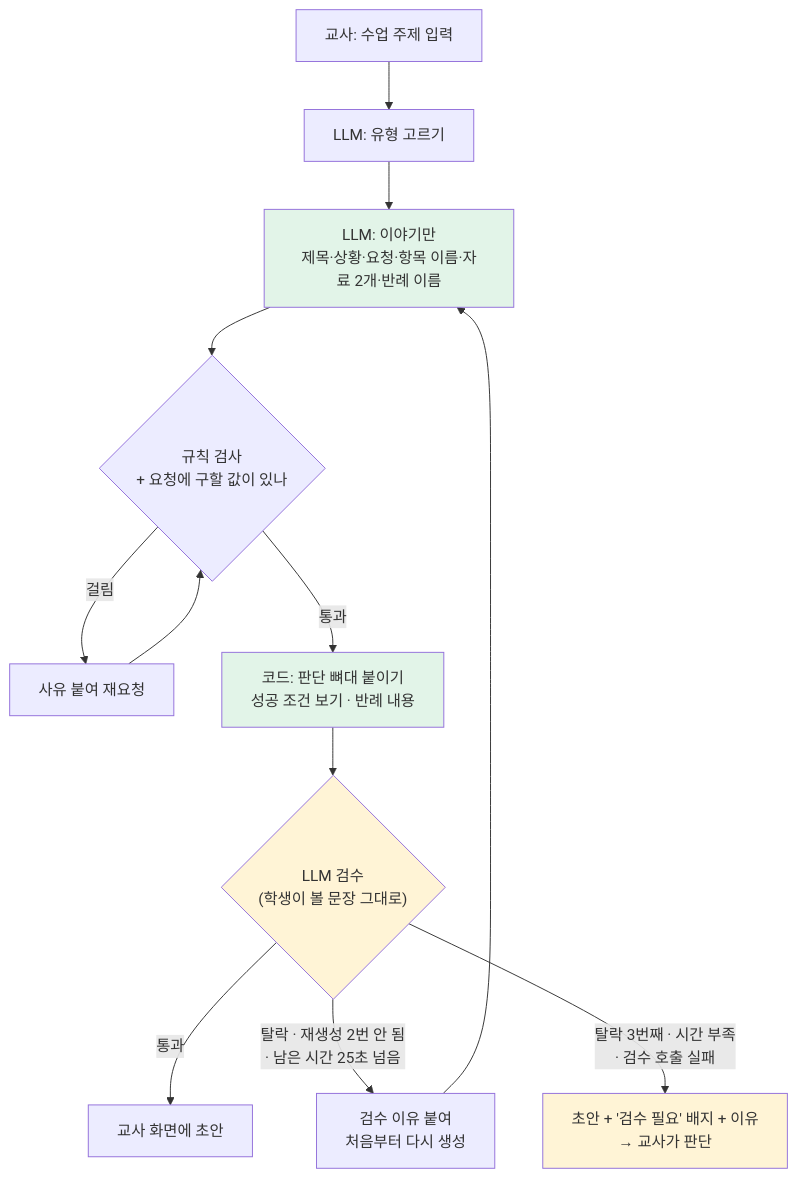
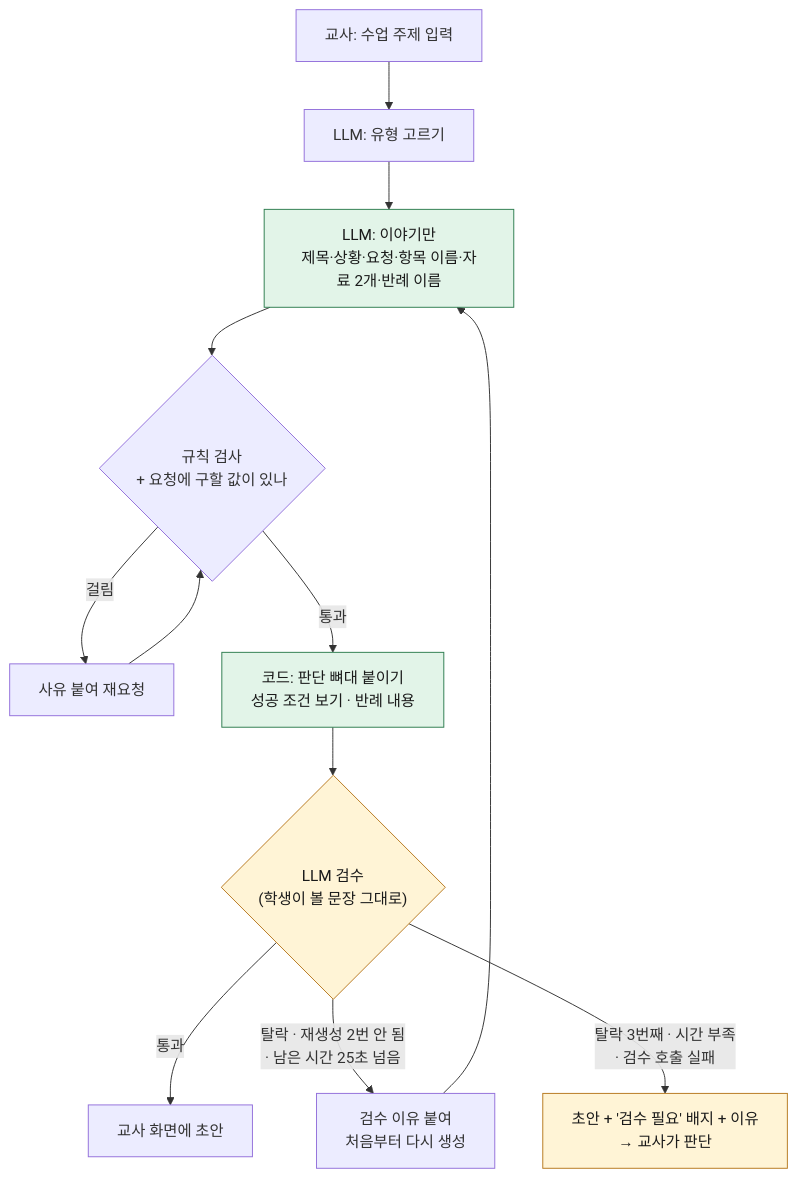
One commit to tomchaccom/Cut-Check changed the fourth of 4 diagrams in docs/superpowers/specs/2026-10-16-card-design-and-review-design.md. Above: the diagram before and after it, drawn with Mermaid. The commit also changed other lines of this file, not shown here.

````diff
--- a/docs/superpowers/specs/2026-10-16-card-design-and-review-design.md
+++ b/docs/superpowers/specs/2026-10-16-card-design-and-review-design.md
@@ -102,18 +102,18 @@
 ```mermaid
 flowchart TD
     S["교사: 수업 주제 입력"] --> T["LLM: 유형 고르기"]
     T --> G["LLM: 이야기만<br/>제목·상황·요청·항목 이름·자료 2개·반례 이름"]
     G --> V{"규칙 검사<br/>+ 요청에 구할 값이 있나"}
     V -->|"걸림"| R["사유 붙여 재요청"]
     R --> V
     V -->|"통과"| C["코드: 판단 뼈대 붙이기<br/>성공 조건 보기 · 반례 내용"]
     C --> J{"LLM 검수<br/>(학생이 볼 문장 그대로)"}
     J -->|"통과"| OK["교사 화면에 초안"]
     J -->|"탈락 · 재생성 2번 안 됨<br/>· 남은 시간 25초 넘음"| G2["검수 이유 붙여<br/>처음부터 다시 생성"]
     G2 --> G
     J -->|"탈락 3번째 · 시간 부족<br/>· 검수 호출 실패"| TR["초안 + '검수 필요' 배지 + 이유<br/>→ 교사가 판단"]
-    style G fill:#e2f4e8
-    style C fill:#e2f4e8
-    style J fill:#fff4d6
-    style TR fill:#fff4d6
+    style G fill:#e2f4e8,stroke:#2e7d4f,color:#1a1a1a
+    style C fill:#e2f4e8,stroke:#2e7d4f,color:#1a1a1a
+    style J fill:#fff4d6,stroke:#b7791f,color:#1a1a1a
+    style TR fill:#fff4d6,stroke:#b7791f,color:#1a1a1a
 ```
````
